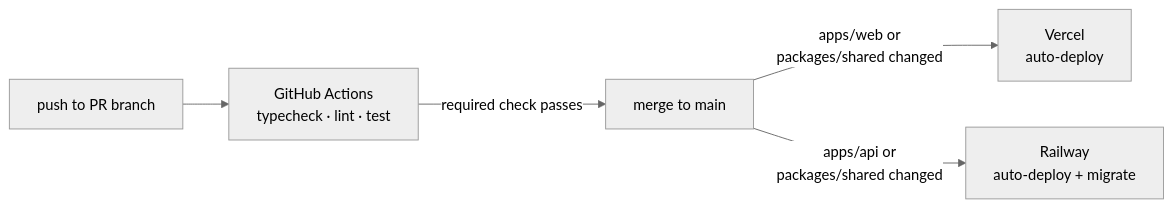
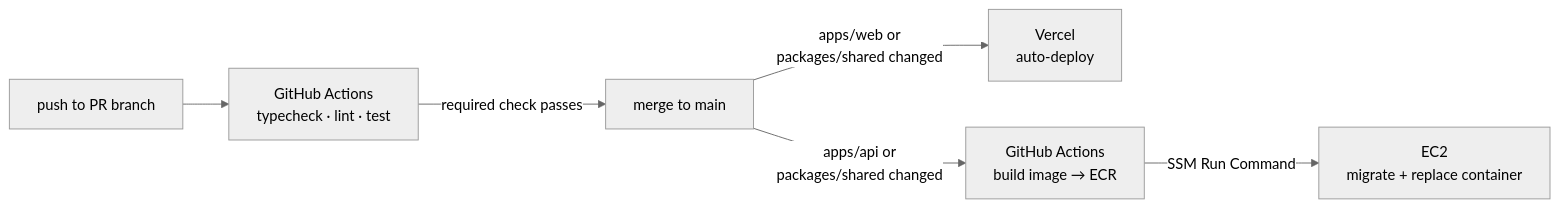
One commit to denleonchev/data-room changed the second of 3 diagrams in docs/architecture.md. Above: the diagram before and after it, drawn with Mermaid (neutral theme). The commit also changed other lines of this file and 18 other files, not shown here.

First line of the commit message:
chore(infra): move the API from Railway to EC2 (#73)

````diff
--- a/docs/architecture.md
+++ b/docs/architecture.md
@@ -159,7 +184,8 @@
 ```mermaid
 flowchart LR
     PR["push to PR branch"] --> CI["GitHub Actions<br/>typecheck · lint · test"]
     CI -- "required check passes" --> Merge["merge to main"]
     Merge -- "apps/web or<br/>packages/shared changed" --> Vercel["Vercel<br/>auto-deploy"]
-    Merge -- "apps/api or<br/>packages/shared changed" --> Railway["Railway<br/>auto-deploy + migrate"]
+    Merge -- "apps/api or<br/>packages/shared changed" --> Deploy["GitHub Actions<br/>build image → ECR"]
+    Deploy -- "SSM Run Command" --> EC2["EC2<br/>migrate + replace container"]
 ```
````
